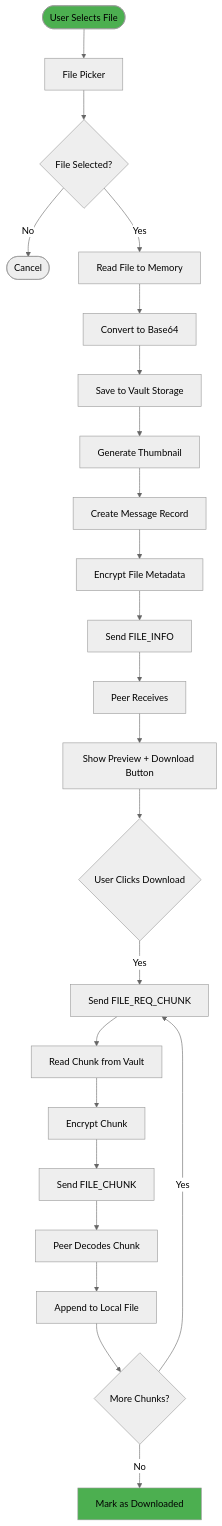
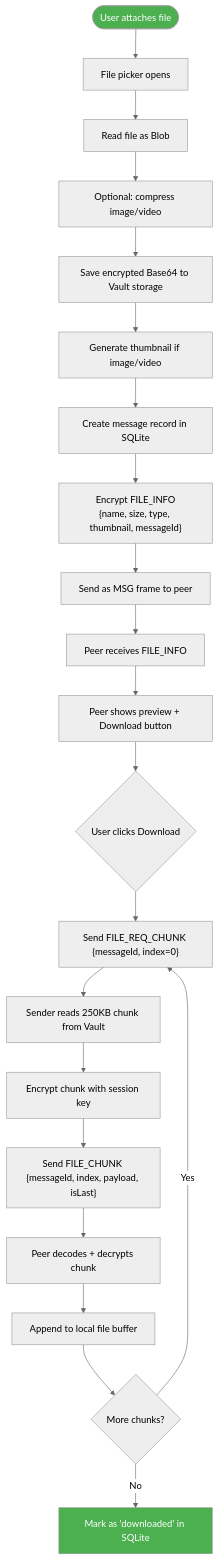
The seventh of 10 diagrams in docs/USER_FLOWS.md (TheYogMehta/CryptNode), drawn with Mermaid (neutral theme) before and after one commit. The commit also changed other lines of this file and 11 other files, not shown here.

````diff
--- a/docs/USER_FLOWS.md
+++ b/docs/USER_FLOWS.md
@@ -230,36 +304,28 @@
 ```mermaid
 flowchart TD
-    START([User Selects File]) --> PICKER[File Picker]
-    PICKER --> FILE{File Selected?}
+    START([User attaches file]) --> PICKER[File picker opens]
+    PICKER --> READ[Read file as Blob]
+    READ --> COMPRESS[Optional: compress image/video]
+    COMPRESS --> VAULT[Save encrypted Base64 to Vault storage]
+    VAULT --> THUMB[Generate thumbnail if image/video]
+    THUMB --> MSGDB[Create message record in SQLite]
+    MSGDB --> META["Encrypt FILE_INFO\n{name, size, type, thumbnail, messageId}"]
+    META --> SEND["Send as MSG frame to peer"]
+    SEND --> PEER[Peer receives FILE_INFO]
+    PEER --> PREVIEW[Peer shows preview + Download button]
 
-    FILE -->|No| END([Cancel])
-    FILE -->|Yes| READ[Read File to Memory]
+    PREVIEW --> WAIT{User clicks Download}
+    WAIT --> REQ["Send FILE_REQ_CHUNK {messageId, index=0}"]
 
-    READ --> B64[Convert to Base64]
-    B64 --> VAULT[Save to Vault Storage]
-    VAULT --> THUMB[Generate Thumbnail]
-    THUMB --> MSGDB[Create Message Record]
+    REQ --> READCHUNK["Sender reads 250KB chunk from Vault"]
+    READCHUNK --> ENCCHUNK[Encrypt chunk with session key]
+    ENCCHUNK --> SENDCHUNK["Send FILE_CHUNK {messageId, index, payload, isLast}"]
+    SENDCHUNK --> DECODE[Peer decodes + decrypts chunk]
+    DECODE --> APPEND[Append to local file buffer]
+    APPEND --> MORE{More chunks?}
+    MORE -->|Yes| REQ
+    MORE -->|No| COMPLETE["Mark as 'downloaded' in SQLite"]
 
-    MSGDB --> METADATA[Encrypt File Metadata]
-    METADATA --> SEND[Send FILE_INFO]
-    SEND --> PEER[Peer Receives]
-
-    PEER --> SHOWPREV[Show Preview + Download Button]
-
-    SHOWPREV --> WAIT{User Clicks Download}
-    WAIT -->|Yes| REQ[Send FILE_REQ_CHUNK]
-
-    REQ --> CHUNK1[Read Chunk from Vault]
-    CHUNK1 --> ENCCHUNK[Encrypt Chunk]
-    ENCCHUNK --> SENDCHUNK[Send FILE_CHUNK]
-
-    SENDCHUNK --> DECODE[Peer Decodes Chunk]
-    DECODE --> APPEND[Append to Local File]
-    APPEND --> MORECHUNKS{More Chunks?}
-
-    MORECHUNKS -->|Yes| REQ
-    MORECHUNKS -->|No| COMPLETE[Mark as Downloaded]
-
-    style START fill:#4CAF50
-    style COMPLETE fill:#4CAF50
+    style START fill:#4CAF50,color:#fff
+    style COMPLETE fill:#4CAF50,color:#fff
 ```
````
